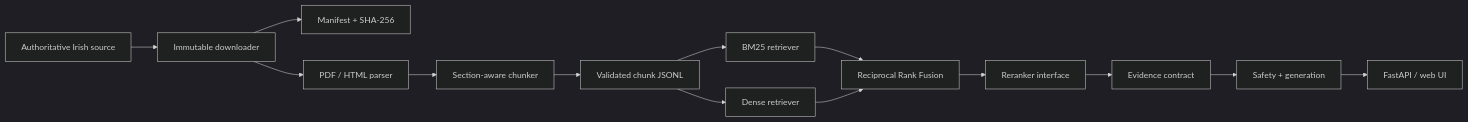
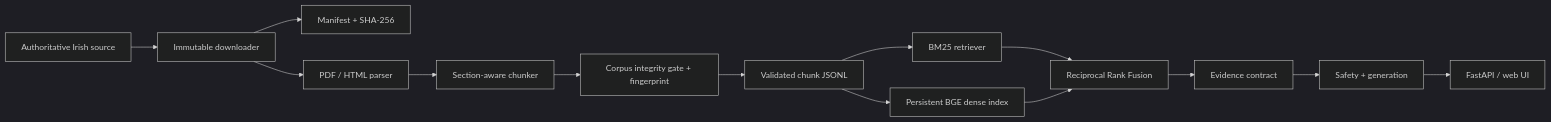
One commit to Zephyrusgodofwind/ICRAG changed the diagram in docs/architecture/system.md. Above: the diagram before and after it, drawn with Mermaid (dark theme). The commit also changed other lines of this file and 24 other files, not shown here.

Commit message:
feat: deliver validated semantic retrieval corpus

````diff
--- a/docs/architecture/system.md
+++ b/docs/architecture/system.md
@@ -3,16 +3,16 @@
 ```mermaid
 flowchart LR
     A["Authoritative Irish source"] --> B["Immutable downloader"]
     B --> C["Manifest + SHA-256"]
     B --> D["PDF / HTML parser"]
     D --> E["Section-aware chunker"]
-    E --> F["Validated chunk JSONL"]
+    E --> V["Corpus integrity gate + fingerprint"]
+    V --> F["Validated chunk JSONL"]
     F --> G["BM25 retriever"]
-    F --> H["Dense retriever"]
+    F --> H["Persistent BGE dense index"]
     G --> I["Reciprocal Rank Fusion"]
     H --> I
-    I --> J["Reranker interface"]
-    J --> K["Evidence contract"]
+    I --> K["Evidence contract"]
     K --> L["Safety + generation"]
     L --> M["FastAPI / web UI"]
 ```
````
